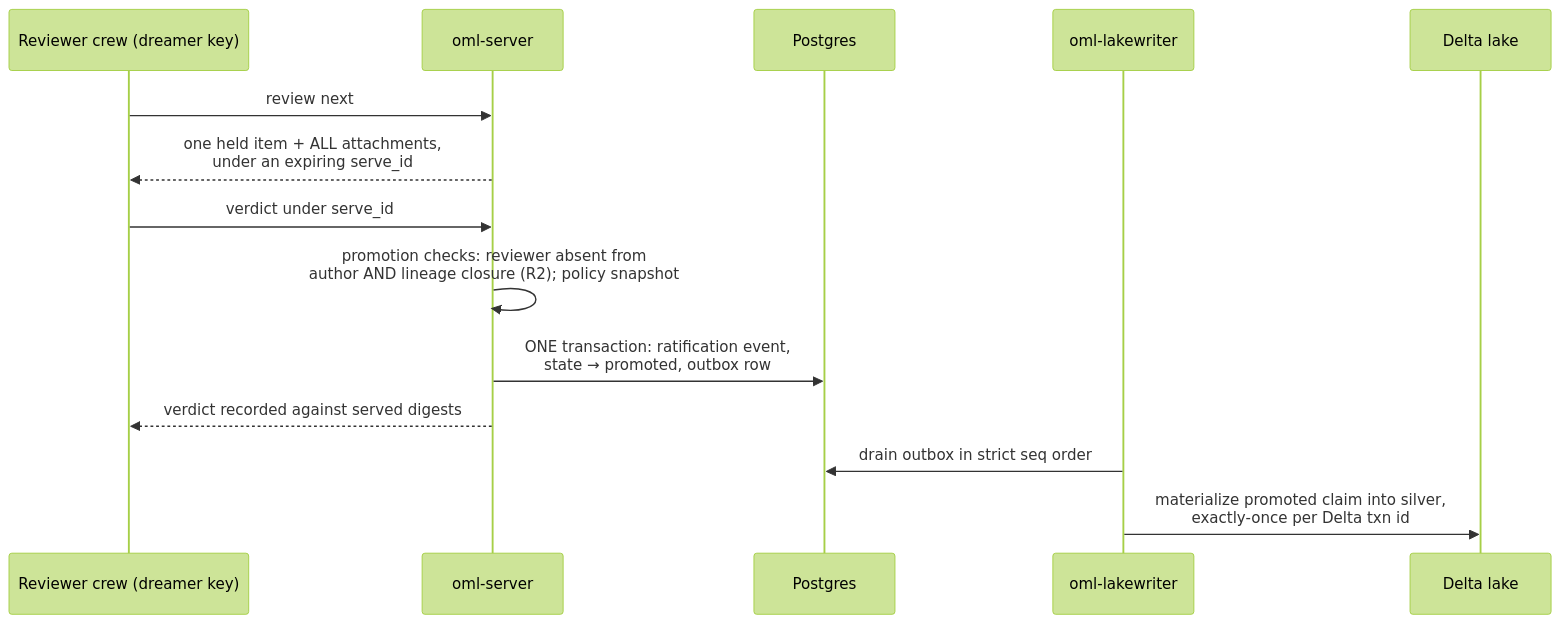
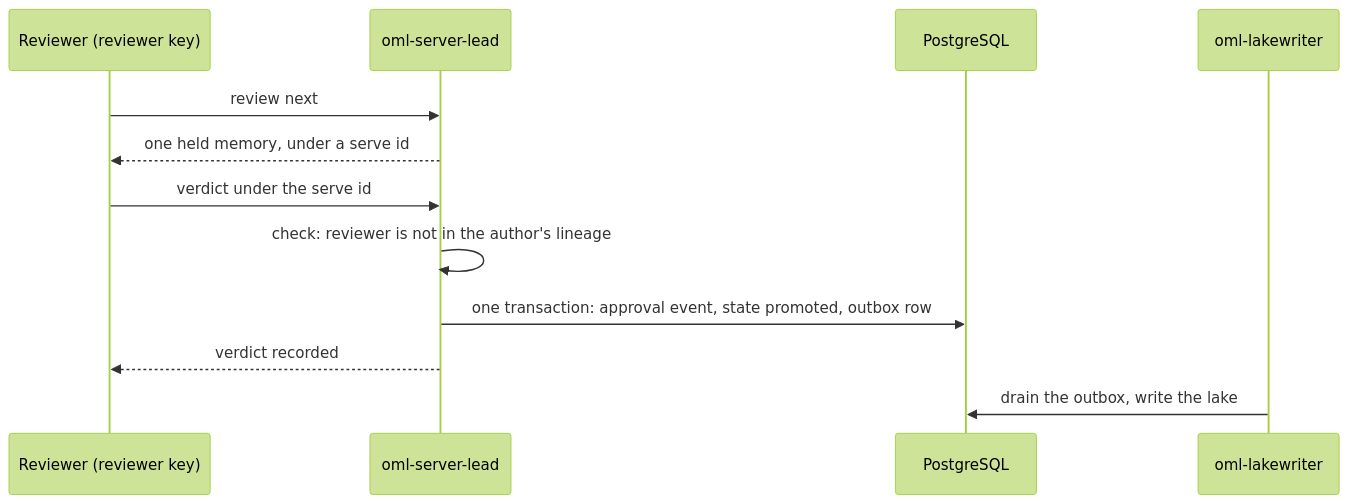
The fourth of 6 diagrams in docs/architecture/overview.md (e8kor/open-memory-lab), drawn with Mermaid (forest theme) before and after one commit. The commit also changed other lines of this file and 67 other files, not shown here.

Commit message:
docs: round 1 fixes: new quickstart, held-write, limits and glossary pages; seven tabs; trimmed and corrected pages; generated references checked in CI

````diff
--- a/docs/architecture/overview.md
+++ b/docs/architecture/overview.md
@@ -204,16 +96,14 @@
 ```mermaid
 sequenceDiagram
-    participant R as Reviewer crew (dreamer key)
-    participant S as oml-server
-    participant P as Postgres
+    participant R as Reviewer (reviewer key)
+    participant S as oml-server-lead
+    participant P as PostgreSQL
     participant LW as oml-lakewriter
-    participant L as Delta lake
     R->>S: review next
-    S-->>R: one held item + ALL attachments,<br/>under an expiring serve_id
-    R->>S: verdict under serve_id
-    S->>S: promotion checks: reviewer absent from<br/>author AND lineage closure (R2)#59; policy snapshot
-    S->>P: ONE transaction: ratification event,<br/>state → promoted, outbox row
-    S-->>R: verdict recorded against served digests
-    LW->>P: drain outbox in strict seq order
-    LW->>L: materialize promoted claim into silver,<br/>exactly-once per Delta txn id
+    S-->>R: one held memory, under a serve id
+    R->>S: verdict under the serve id
+    S->>S: check: reviewer is not in the author's lineage
+    S->>P: one transaction: approval event, state promoted, outbox row
+    S-->>R: verdict recorded
+    LW->>P: drain the outbox, write the lake
 ```
````
